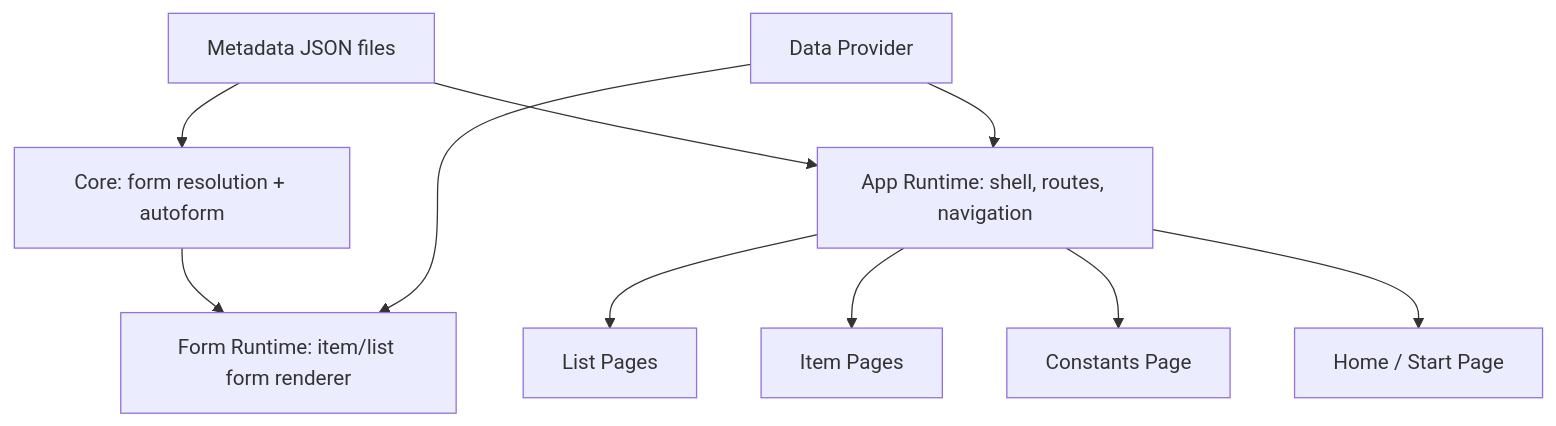
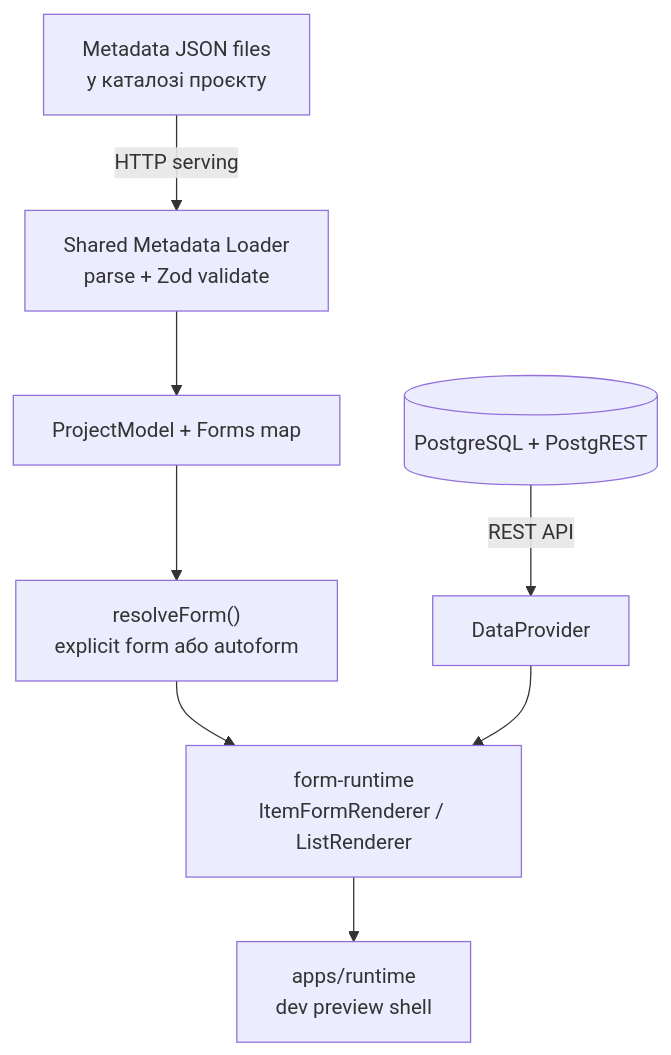
Before and after one commit to VSydorenko/Simetra: the diagram in docs/tasks/phase3-web-runtime-app.md, drawn with Mermaid. The commit also changed other lines of this file, not shown here.

````diff
--- a/docs/tasks/phase3-web-runtime-app.md
+++ b/docs/tasks/phase3-web-runtime-app.md
@@ -55,12 +80,10 @@
 ```mermaid
 flowchart TD
-  META[Metadata JSON files] --> CORE[Core: form resolution + autoform]
-  CORE --> FORM[Form Runtime: item/list form renderer]
-  META --> APP[App Runtime: shell, routes, navigation]
-  DP[Data Provider] --> FORM
-  DP --> APP
-  APP --> LIST[List Pages]
-  APP --> ITEM[Item Pages]
-  APP --> CONST[Constants Page]
-  APP --> HOME[Home / Start Page]
+  MD[Metadata JSON files\nу каталозі проєкту] -->|HTTP serving| LOADER[Shared Metadata Loader\nparse + Zod validate]
+  LOADER --> MODEL[ProjectModel + Forms map]
+  MODEL --> RESOLVE["resolveForm()\nexplicit form або autoform"]
+  RESOLVE --> FORM["form-runtime\nItemFormRenderer / ListRenderer"]
+  PG[(PostgreSQL + PostgREST)] -->|REST API| DP[DataProvider]
+  DP --> FORM
+  FORM --> PREVIEW["apps/runtime\ndev preview shell"]
 ```
````
